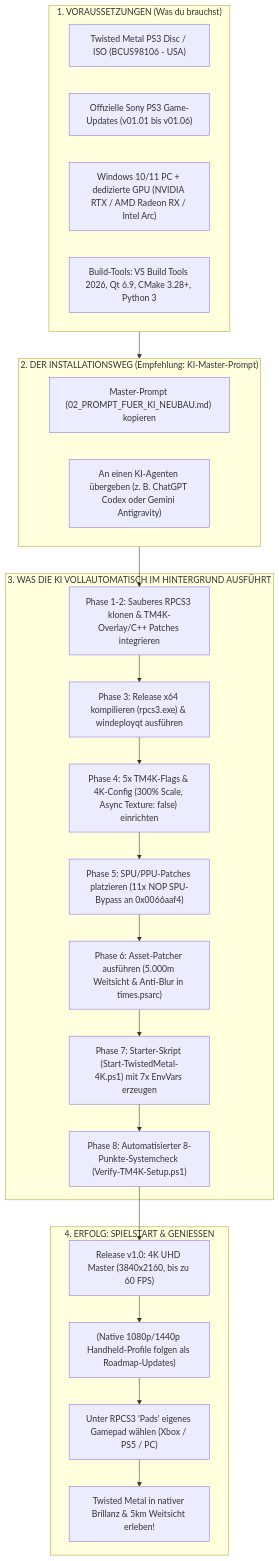
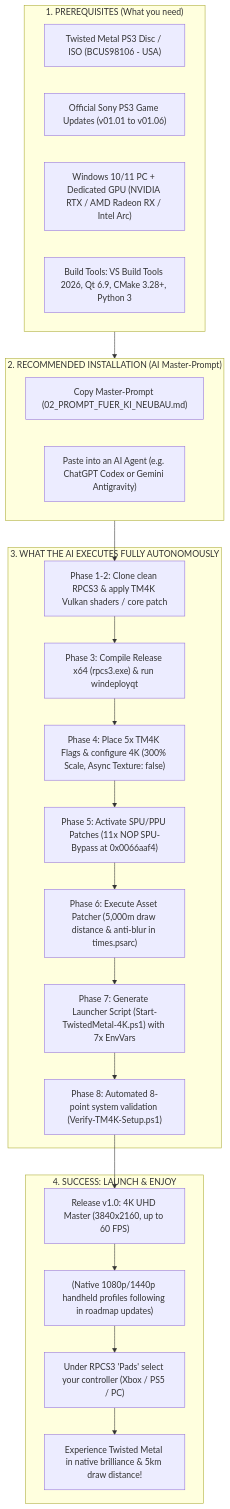
The diagram in README.md (FreddysHub/Twisted-Metal-4K-Performace-MOD), drawn with Mermaid before and after one commit. The commit also changed other lines of this file and 3 other files, not shown here.

````diff
--- a/README.md
+++ b/README.md
@@ -11,44 +31,44 @@
 ```mermaid
 flowchart TD
-    subgraph VOR["1. VORAUSSETZUNGEN (Was du brauchst)"]
+    subgraph REQ["1. PREREQUISITES (What you need)"]
         V1["Twisted Metal PS3 Disc / ISO (BCUS98106 - USA)"]
-        V2["Offizielle Sony PS3 Game-Updates (v01.01 bis v01.06)"]
-        V3["Windows 10/11 PC + dedizierte GPU (NVIDIA RTX / AMD Radeon RX / Intel Arc)"]
-        V4["Build-Tools: VS Build Tools 2026, Qt 6.9, CMake 3.28+, Python 3"]
+        V2["Official Sony PS3 Game Updates (v01.01 to v01.06)"]
+        V3["Windows 10/11 PC + Dedicated GPU (NVIDIA RTX / AMD Radeon RX / Intel Arc)"]
+        V4["Build Tools: VS Build Tools 2026, Qt 6.9, CMake 3.28+, Python 3"]
     end
 
-    subgraph PROMPT["2. DER INSTALLATIONSWEG (Empfehlung: KI-Master-Prompt)"]
-        P1["Master-Prompt (02_PROMPT_FUER_KI_NEUBAU.md) kopieren"]
-        P2["An einen KI-Agenten übergeben (z. B. ChatGPT Codex oder Gemini Antigravity)"]
+    subgraph PROMPT["2. RECOMMENDED INSTALLATION (AI Master-Prompt)"]
+        P1["Copy Master-Prompt (02_PROMPT_FUER_KI_NEUBAU.md)"]
+        P2["Paste into an AI Agent (e.g. ChatGPT Codex or Gemini Antigravity)"]
     end
 
-    subgraph PIPELINE["3. WAS DIE KI VOLLAUTOMATISCH IM HINTERGRUND AUSFÜHRT"]
-        S1["Phase 1-2: Sauberes RPCS3 klonen & TM4K-Overlay/C++ Patches integrieren"]
-        S2["Phase 3: Release x64 kompilieren (rpcs3.exe) & windeployqt ausführen"]
-        S3["Phase 4: 5x TM4K-Flags & 4K-Config (300% Scale, Async Texture: false) einrichten"]
-        S4["Phase 5: SPU/PPU-Patches platzieren (11x NOP SPU-Bypass an 0x0066aaf4)"]
-        S5["Phase 6: Asset-Patcher ausführen (5.000m Weitsicht & Anti-Blur in times.psarc)"]
-        S6["Phase 7: Starter-Skript (Start-TwistedMetal-4K.ps1) mit 7x EnvVars erzeugen"]
-        S7["Phase 8: Automatisierter 8-Punkte-Systemcheck (Verify-TM4K-Setup.ps1)"]
+    subgraph PIPELINE["3. WHAT THE AI EXECUTES FULLY AUTONOMOUSLY"]
+        S1["Phase 1-2: Clone clean RPCS3 & apply TM4K Vulkan shaders / core patch"]
+        S2["Phase 3: Compile Release x64 (rpcs3.exe) & run windeployqt"]
+        S3["Phase 4: Place 5x TM4K Flags & configure 4K (300% Scale, Async Texture: false)"]
+        S4["Phase 5: Activate SPU/PPU Patches (11x NOP SPU-Bypass at 0x0066aaf4)"]
+        S5["Phase 6: Execute Asset Patcher (5,000m draw distance & anti-blur in times.psarc)"]
+        S6["Phase 7: Generate Launcher Script (Start-TwistedMetal-4K.ps1) with 7x EnvVars"]
+        S7["Phase 8: Automated 8-point system validation (Verify-TM4K-Setup.ps1)"]
     end
 
-    subgraph READY["4. ERFOLG: SPIELSTART & GENIESSEN"]
-        R1["Release v1.0: 4K UHD Master (3840x2160, bis zu 60 FPS)"]
-        R2["(Native 1080p/1440p Handheld-Profile folgen als Roadmap-Updates)"]
-        R3["Unter RPCS3 'Pads' eigenes Gamepad wählen (Xbox / PS5 / PC)"]
-        R4["Twisted Metal in nativer Brillanz & 5km Weitsicht erleben!"]
+    subgraph READY["4. SUCCESS: LAUNCH & ENJOY"]
+        R1["Release v1.0: 4K UHD Master (3840x2160, up to 60 FPS)"]
+        R2["(Native 1080p/1440p handheld profiles following in roadmap updates)"]
+        R3["Under RPCS3 'Pads' select your controller (Xbox / PS5 / PC)"]
+        R4["Experience Twisted Metal in native brilliance & 5km draw distance!"]
     end
 
-    VOR --> PROMPT
+    REQ --> PROMPT
     PROMPT --> S1
     S1 --> S2
     S2 --> S3
     S3 --> S4
     S4 --> S5
     S5 --> S6
     S6 --> S7
     S7 --> R1
     R1 --> R2
     R2 --> R3
     R3 --> R4
 ```
````
